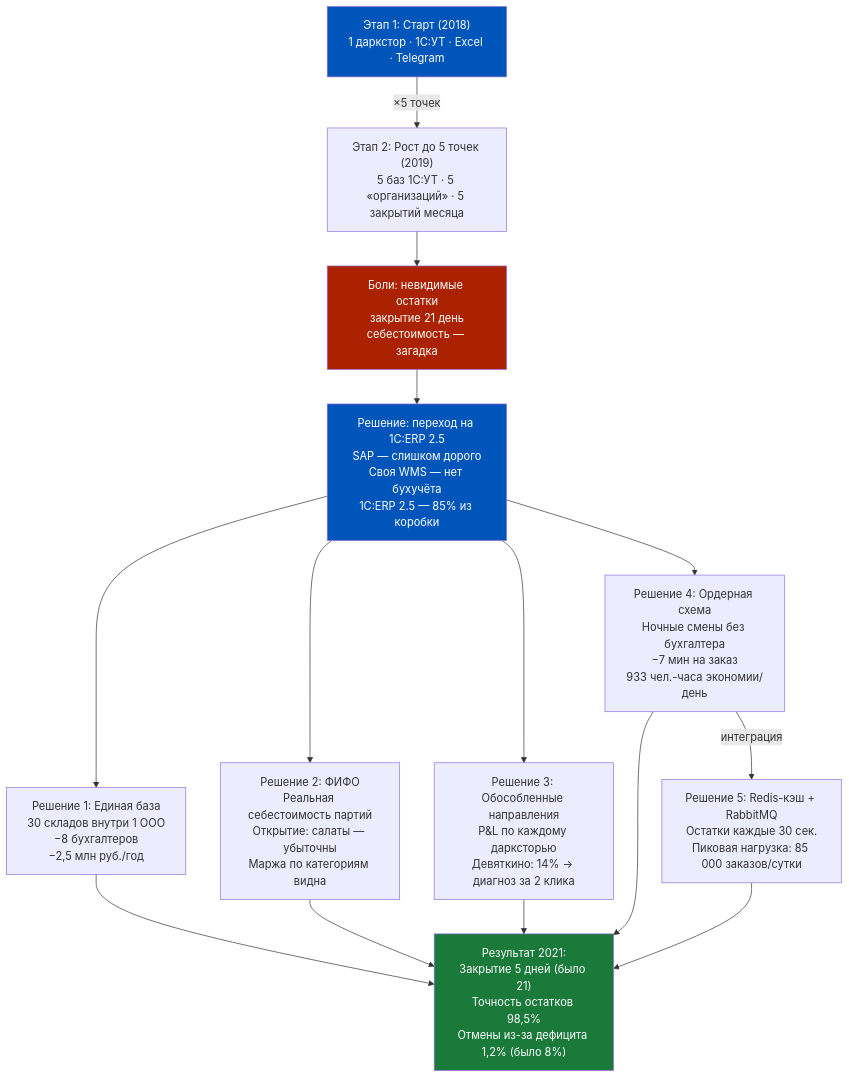
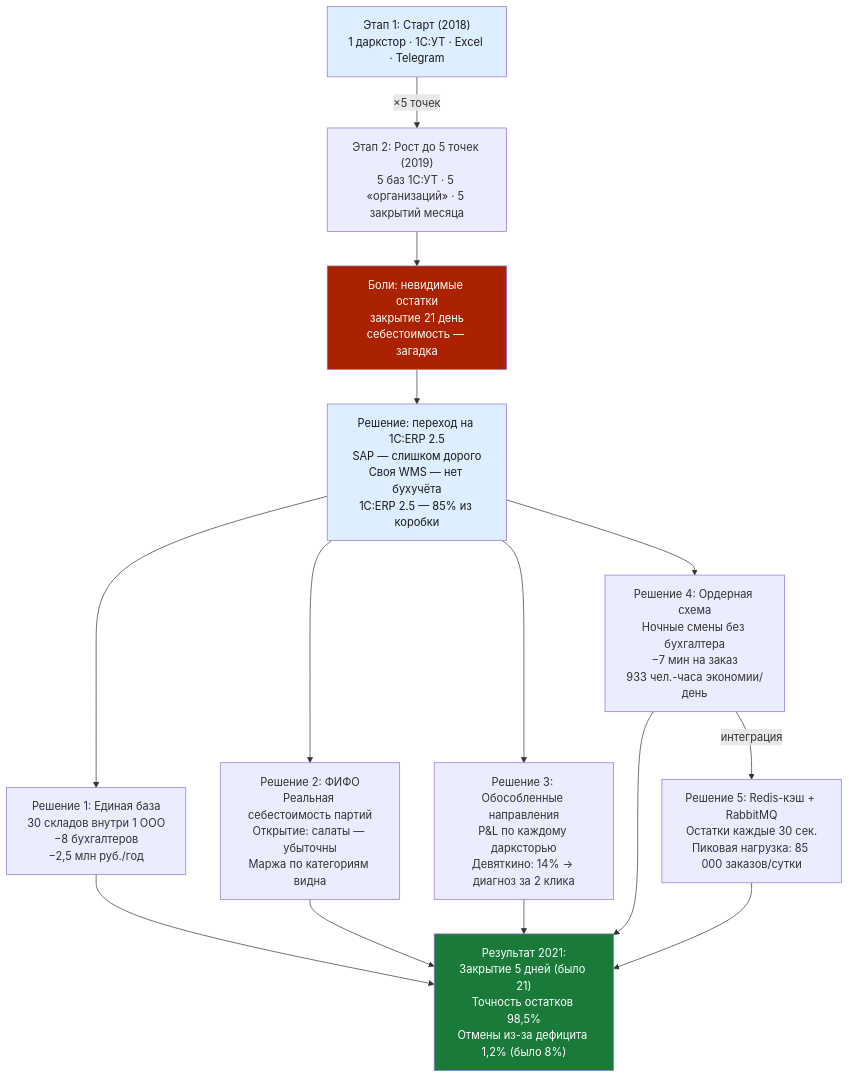
The second of 5 diagrams in content/1c-erp/week_1/Неделя 1 - День 7 - История Самоката.md (murad1986/1c-erp-quartz), drawn with Mermaid before and after one commit. The commit also changed other lines of this file and 57 other files, not shown here.

First line of the commit message:
fix: Mermaid — пастельные цвета в источниках диаграмм (56 файлов)

````diff
--- a/content/1c-erp/week_1/Неделя 1 - День 7 - История Самоката.md
+++ b/content/1c-erp/week_1/Неделя 1 - День 7 - История Самоката.md
@@ -180,28 +180,28 @@
 ```mermaid
 flowchart TD
     STAGE1["Этап 1: Старт (2018)<br>1 даркстор · 1С:УТ · Excel · Telegram"]
     STAGE2["Этап 2: Рост до 5 точек (2019)<br>5 баз 1С:УТ · 5 «организаций» · 5 закрытий месяца"]
     PAIN1["Боли: невидимые остатки<br>закрытие 21 день<br>себестоимость — загадка"]
     DECISION["Решение: переход на 1C:ERP 2.5<br>SAP — слишком дорого<br>Своя WMS — нет бухучёта<br>1C:ERP 2.5 — 85% из коробки"]
     R1["Решение 1: Единая база<br>30 складов внутри 1 ООО<br>−8 бухгалтеров<br>−2,5 млн руб./год"]
     R2["Решение 2: ФИФО<br>Реальная себестоимость партий<br>Открытие: салаты — убыточны<br>Маржа по категориям видна"]
     R3["Решение 3: Обособленные направления<br>P&L по каждому дарксторью<br>Девяткино: 14% → диагноз за 2 клика"]
     R4["Решение 4: Ордерная схема<br>Ночные смены без бухгалтера<br>−7 мин на заказ<br>933 чел.-часа экономии/день"]
     R5["Решение 5: Redis-кэш + RabbitMQ<br>Остатки каждые 30 сек.<br>Пиковая нагрузка: 85 000 заказов/сутки"]
     RESULT["Результат 2021:<br>Закрытие 5 дней (было 21)<br>Точность остатков 98,5%<br>Отмены из-за дефицита 1,2% (было 8%)"]
 
     STAGE1 -->|"×5 точек"| STAGE2
     STAGE2 --> PAIN1
     PAIN1 --> DECISION
     DECISION --> R1
     DECISION --> R2
     DECISION --> R3
     DECISION --> R4
     R4 -->|"интеграция"| R5
     R1 & R2 & R3 & R4 & R5 --> RESULT
 
-    style STAGE1 fill:#0055BB,color:#fff
-    style DECISION fill:#0055BB,color:#fff
+    style STAGE1 fill:#dceeff,color:#1a1a1a
+    style DECISION fill:#dceeff,color:#1a1a1a
     style RESULT fill:#1A7A3A,color:#fff
     style PAIN1 fill:#AA2200,color:#fff
 ```
````
